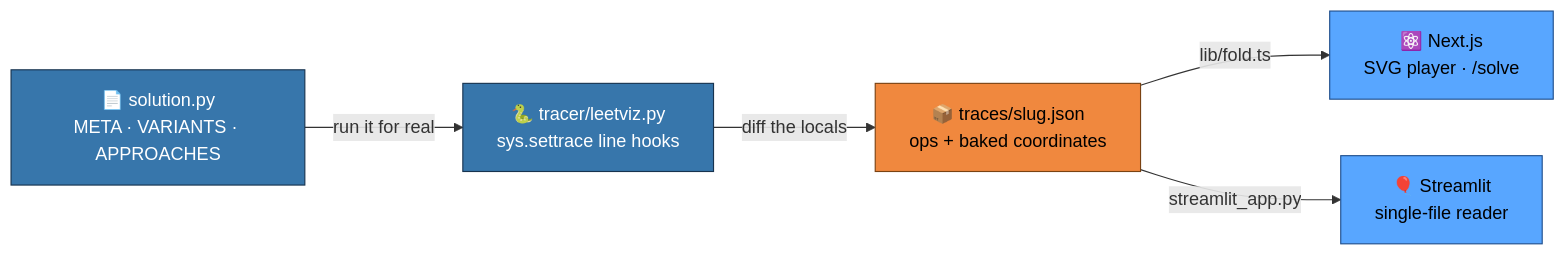
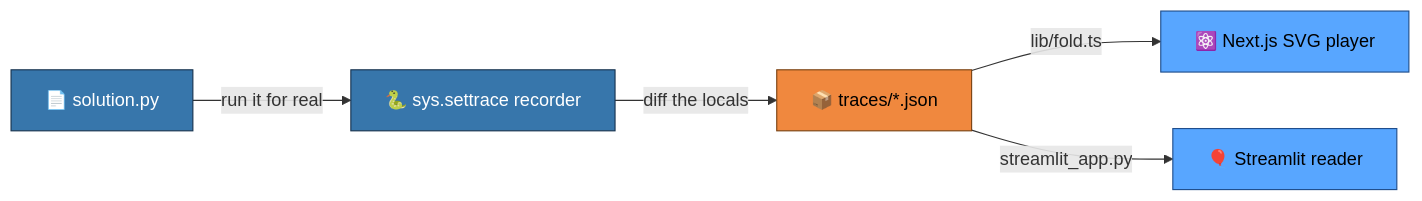
Before and after one commit to SaiSatyaJagannadh/leetcode_visualization: the first of 2 diagrams in README.md, drawn with Mermaid.

Commit message:
Drop the line breaks GitHub mermaid does not render
GitHub renders mermaid with HTML labels off, so <br/> came through as
running text — "solution.pyMETA · VARIANTS · APPROACHES". Short single-line
labels instead; the detail was already in the prose under the diagram.

Claude-Session: https://claude.ai/code/session_01NmamTFWBhKN2Jxav3Yons4

````diff
--- a/README.md
+++ b/README.md
@@ -90,20 +90,20 @@
 ```mermaid
 flowchart LR
-    S["📄 solution.py<br/>META · VARIANTS · APPROACHES"]
-    T["🐍 tracer/leetviz.py<br/>sys.settrace line hooks"]
-    J["📦 traces/slug.json<br/>ops + baked coordinates"]
-    N["⚛️ Next.js<br/>SVG player · /solve"]
-    L["🎈 Streamlit<br/>single-file reader"]
+    S["📄 solution.py"]
+    T["🐍 sys.settrace recorder"]
+    J["📦 traces/*.json"]
+    N["⚛️ Next.js SVG player"]
+    L["🎈 Streamlit reader"]
 
     S -->|"run it for real"| T
     T -->|"diff the locals"| J
     J -->|"lib/fold.ts"| N
     J -->|"streamlit_app.py"| L
 
     classDef py fill:#3776AB,stroke:#17334f,color:#ffffff
     classDef art fill:#F0883E,stroke:#7a4212,color:#000000
     classDef ui fill:#58A6FF,stroke:#1f4e8c,color:#000000
     class S,T py
     class J art
     class N,L ui
 ```
````
